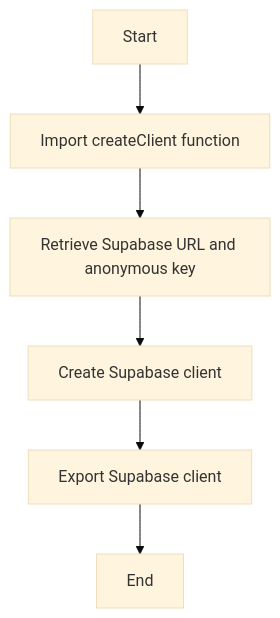
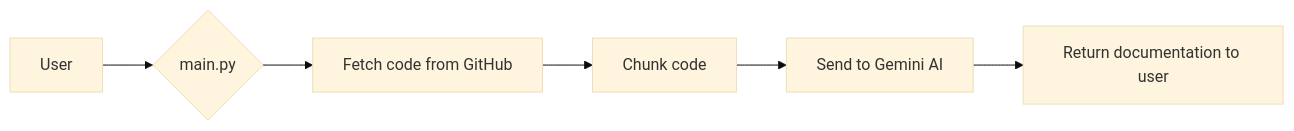
Before and after one commit to shivangjain03/github-doc: the second of 4 diagrams in docs.md, drawn with Mermaid (base theme). The commit also changed other lines of this file, not shown here.

````diff
--- a/docs.md
+++ b/docs.md
@@ -11,8 +75,8 @@
 ```mermaid
-graph TD;
-    A[Start] --> B[Import createClient function];
-    B --> C[Retrieve Supabase URL and anonymous key];
-    C --> D[Create Supabase client];
-    D --> E[Export Supabase client];
-    E --> F[End];
+graph LR
+A[User] --> B{main.py}
+B --> C[Fetch code from GitHub]
+C --> D[Chunk code]
+D --> E[Send to Gemini AI]
+E --> F[Return documentation to user]
 ```
````
